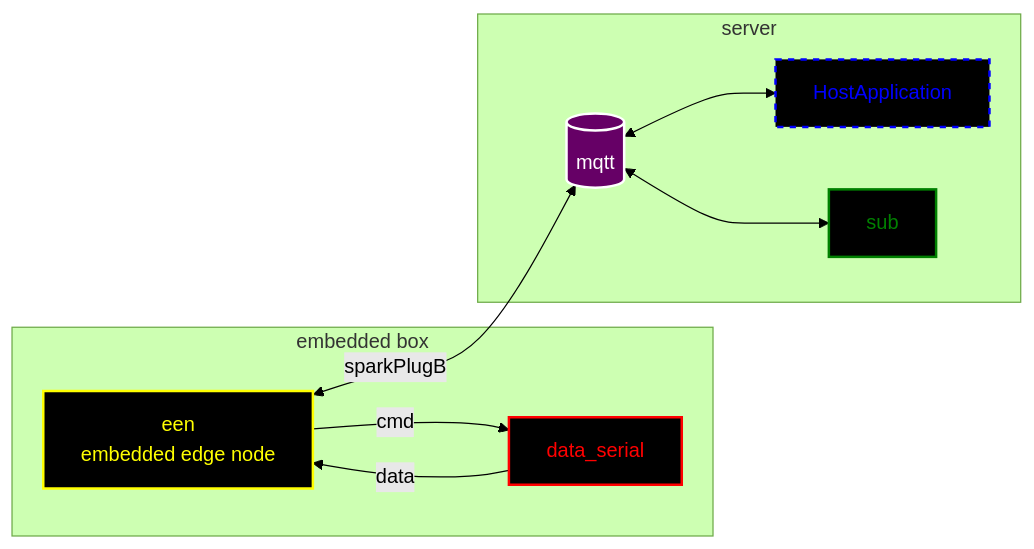
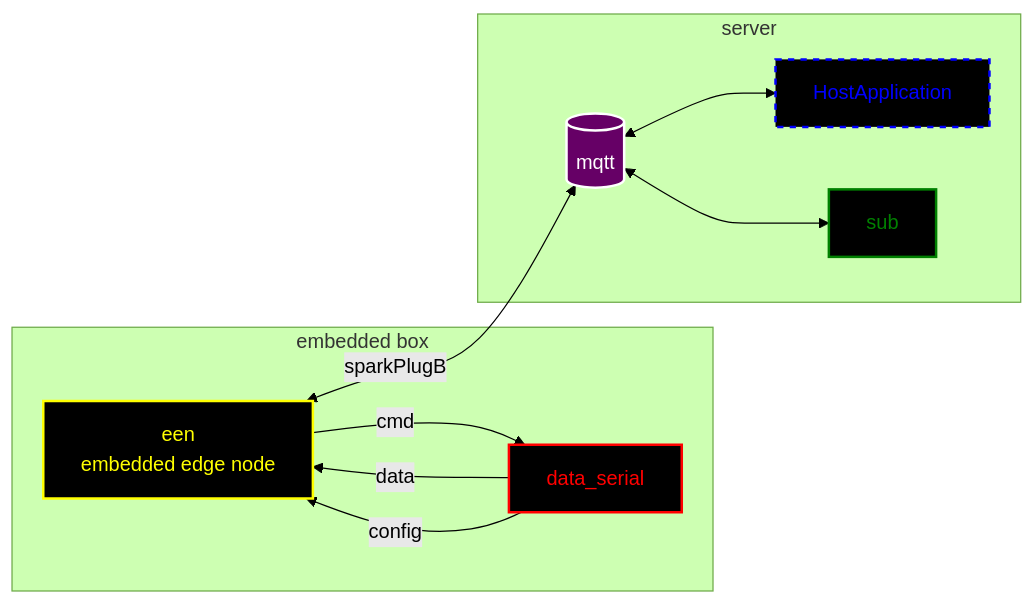
One commit to DJTakushi/spbd changed the first of 2 diagrams in README.md. Above: the diagram before and after it, drawn with Mermaid (forest theme). The commit also changed other lines of this file, not shown here.

Commit message:
config channel; datatype->uint64_t;  payload def

````diff
--- a/README.md
+++ b/README.md
@@ -15,21 +15,22 @@
 ```mermaid
 flowchart LR
   subgraph embedded box
     een[een <br>embedded edge node]
     data_serial --data--> een
+    data_serial --config--> een
     een --cmd--> data_serial
 
     style data_serial fill:black,stroke:red,stroke-width:2px,color:red
     style een fill:black,stroke:yellow,stroke-width:2px,color:yellow
   end
 
   subgraph server
     mqtt <--> HostApplication
     een  <--sparkPlugB--> mqtt[(mqtt)] <--> sub
 
     style mqtt fill:#660066,stroke:#fff,stroke-width:2px,color:#fff
     style sub fill:black,stroke:green,stroke-width:2px,color:green
 
     style HostApplication fill:black,stroke:blue,stroke-width:2px,color:blue,stroke-dasharray: 5 5
   end
 ```
````
